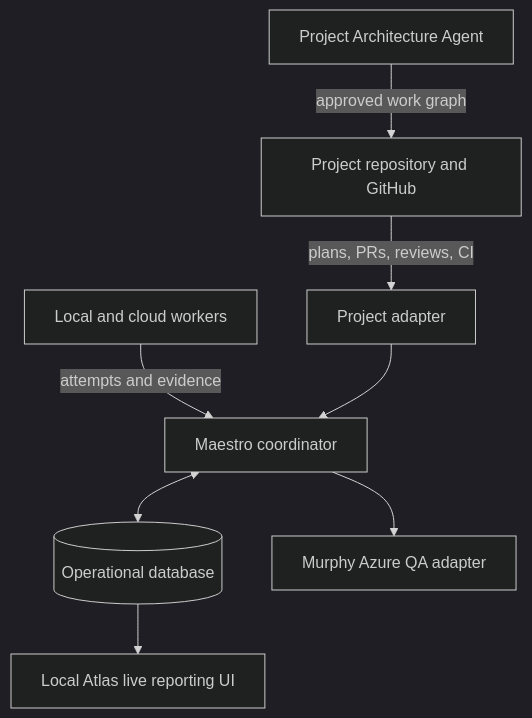
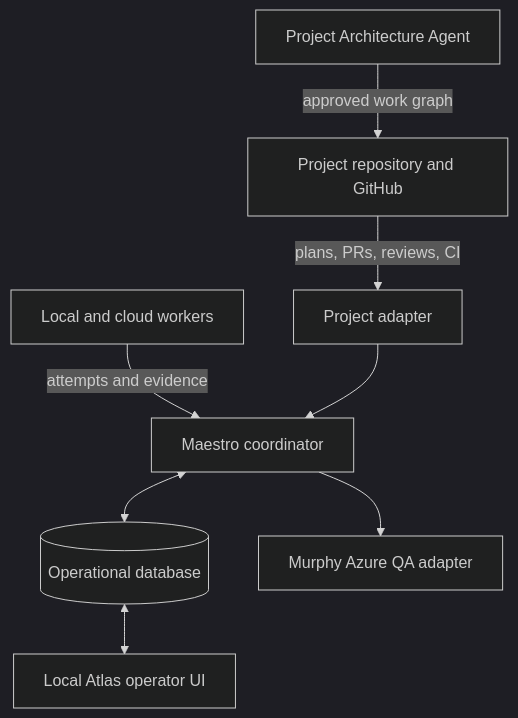
Before and after one commit to jmiedreich-ux/Maestro: the first of 2 diagrams in docs/planning/maestro-master-plan.md, drawn with Mermaid (dark theme). The commit also changed other lines of this file and 4 other files, not shown here.

First line of the commit message:
docs: amend architecture to remove Atlas read-only boundary (#54)

````diff
--- a/docs/planning/maestro-master-plan.md
+++ b/docs/planning/maestro-master-plan.md
@@ -100,10 +103,10 @@
 ```mermaid
 flowchart TD
   Repo["Project repository and GitHub"] -->|"plans, PRs, reviews, CI"| Sync["Project adapter"]
   Architecture["Project Architecture Agent"] -->|"approved work graph"| Repo
   Workers["Local and cloud workers"] -->|"attempts and evidence"| Core["Maestro coordinator"]
   Sync --> Core
   Core <--> DB[("Operational database")]
-  DB --> Atlas["Local Atlas live reporting UI"]
+  DB <--> Atlas["Local Atlas operator UI"]
   Core --> Murphy["Murphy Azure QA adapter"]
 ```
````
